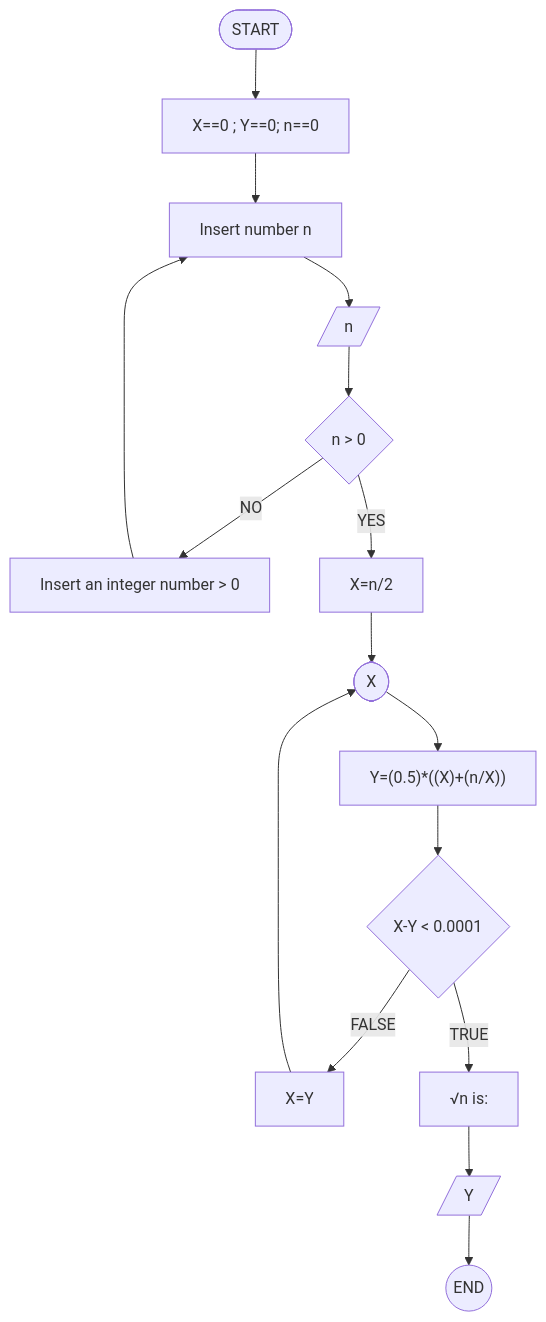
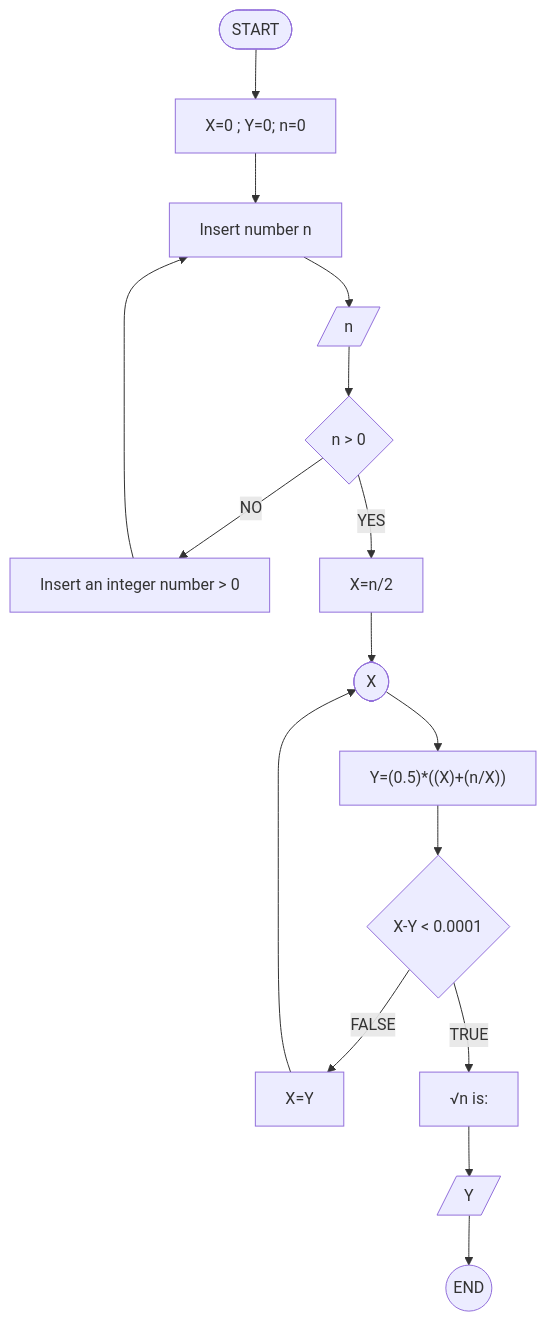
The second of 2 diagrams in README.md (MariaAleja05/Reto3_AlgoritmosEternos), drawn with Mermaid before and after one commit.

````diff
--- a/README.md
+++ b/README.md
@@ -86,18 +86,18 @@
 ```mermaid
 flowchart TB;
-    A([START])--> B["X==0 ; Y==0; n==0"]
+    A([START])--> B["X=0 ; Y=0; n=0"]
     B --> C["Insert number n"]
     C --> D[/n/]
     D --> E{"n > 0"}
     E -->|NO| F["Insert an integer number > 0"]
     F ----> C
     E -->|YES| H["X=n/2"]
     H --> Z([X])
     Z --> J["Y=(0.5)*((X)+(n/X))"]
     J --> I{"X-Y < 0.0001"}
     I -- FALSE --> K["X=Y"]
     K --> Z
     I -- TRUE --> M["√n is:"]
     M --> N[/Y/]
     N --> O((END))
 ```
````
